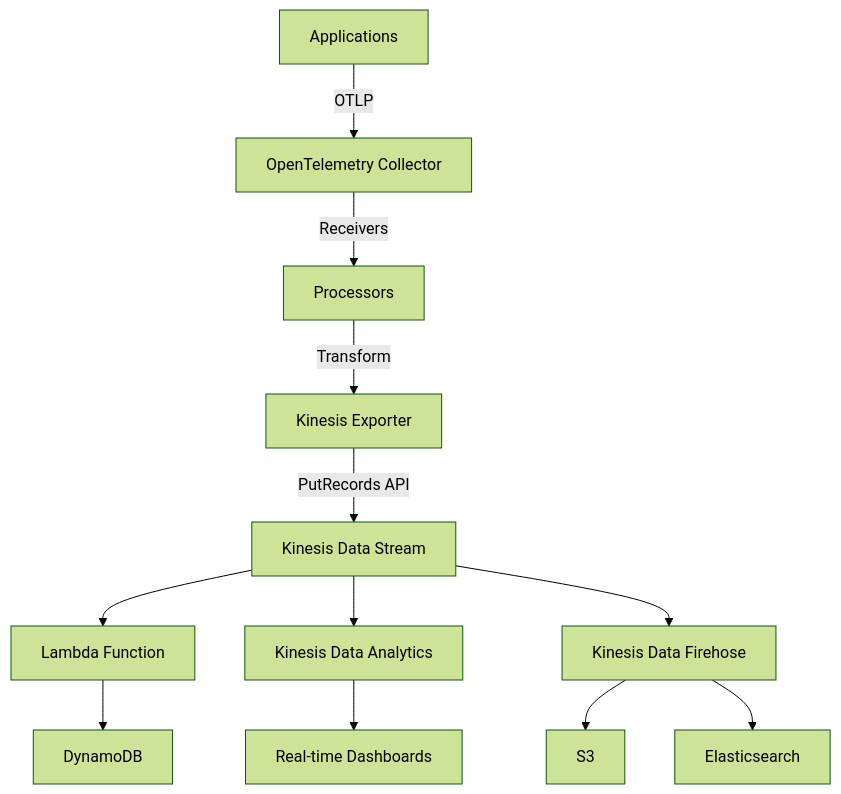
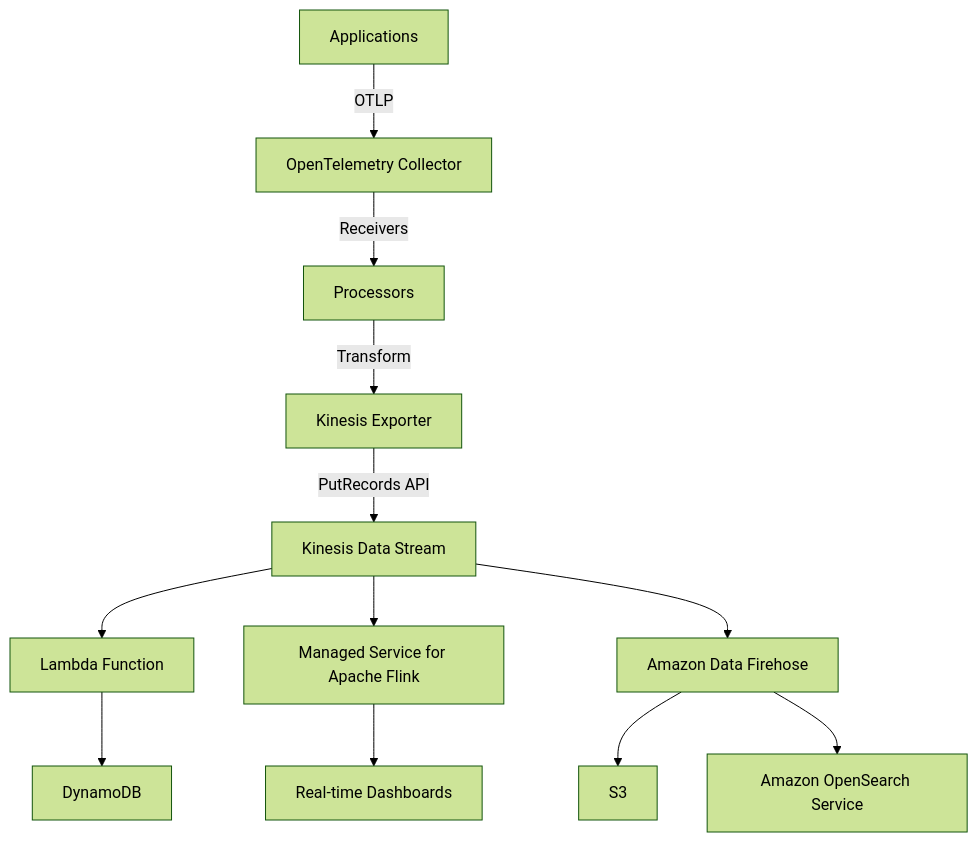
The diagram in posts/2026-02-06-aws-kinesis-exporter-opentelemetry-collector/README.md (OneUptime/blog), drawn with Mermaid (forest theme) before and after one commit. The commit also changed other lines of this file and 2 other files, not shown here.

Commit message:
validate: 2026-02-06-aws-kinesis-exporter-opentelemetry-collector

````diff
--- a/posts/2026-02-06-aws-kinesis-exporter-opentelemetry-collector/README.md
+++ b/posts/2026-02-06-aws-kinesis-exporter-opentelemetry-collector/README.md
@@ -26,14 +26,14 @@
 ```mermaid
 graph TB
     A[Applications] -->|OTLP| B[OpenTelemetry Collector]
     B -->|Receivers| C[Processors]
     C -->|Transform| D[Kinesis Exporter]
     D -->|PutRecords API| E[Kinesis Data Stream]
     E --> F[Lambda Function]
-    E --> G[Kinesis Data Analytics]
-    E --> H[Kinesis Data Firehose]
+    E --> G[Managed Service for Apache Flink]
+    E --> H[Amazon Data Firehose]
     H --> I[S3]
-    H --> J[Elasticsearch]
+    H --> J[Amazon OpenSearch Service]
     F --> K[DynamoDB]
     G --> L[Real-time Dashboards]
 ```
````
